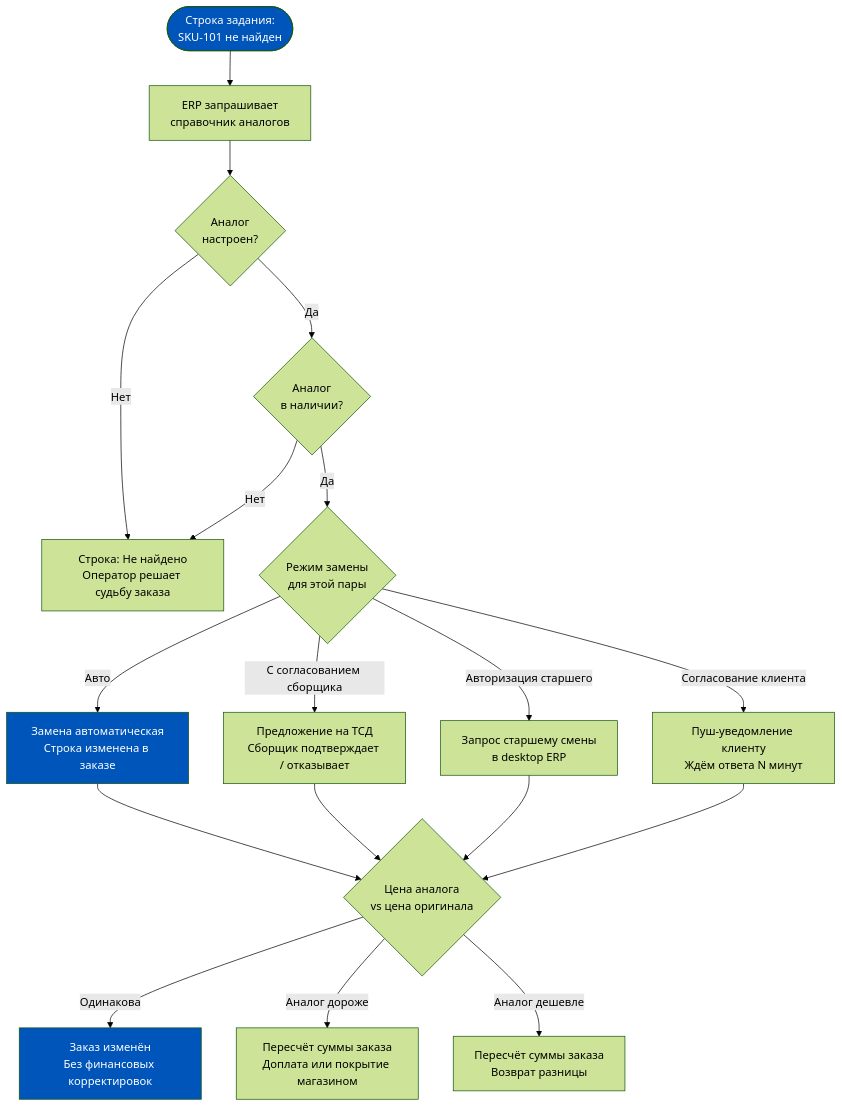
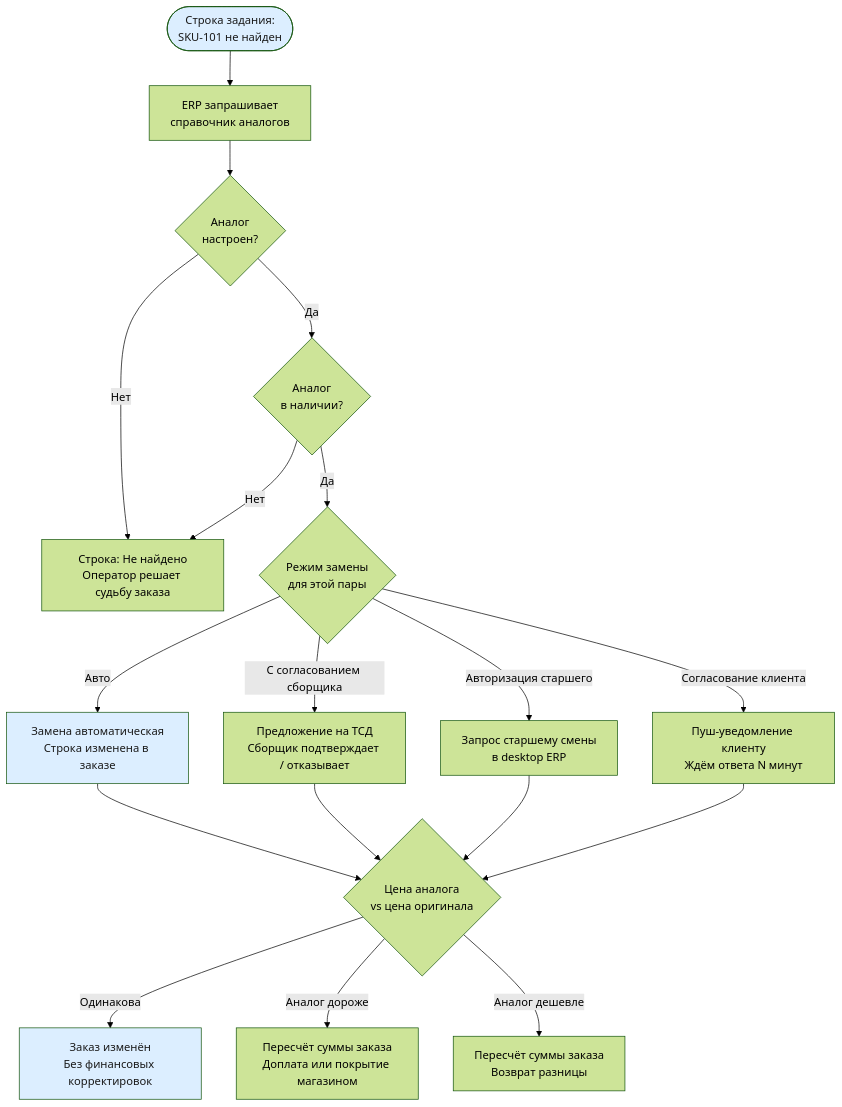
Before and after one commit to murad1986/1c-erp-quartz: the third of 6 diagrams in content/1c-erp/week_6/Неделя 6 - День 4 - Отмены и замены.md, drawn with Mermaid (forest theme). The commit also changed other lines of this file and 57 other files, not shown here.

First line of the commit message:
fix: Mermaid — пастельные цвета в источниках диаграмм (56 файлов)

````diff
--- a/content/1c-erp/week_6/Неделя 6 - День 4 - Отмены и замены.md
+++ b/content/1c-erp/week_6/Неделя 6 - День 4 - Отмены и замены.md
@@ -242,27 +242,27 @@
 ```mermaid
 flowchart TD
     A([Строка задания:<br/>SKU-101 не найден]) --> B[ERP запрашивает<br/>справочник аналогов]
     B --> C{Аналог<br/>настроен?}
     C -- Нет --> D[Строка: Не найдено<br/>Оператор решает судьбу заказа]
     C -- Да --> E{Аналог<br/>в наличии?}
     E -- Нет --> D
     E -- Да --> F{Режим замены<br/>для этой пары}
 
     F -- Авто --> G[Замена автоматическая<br/>Строка изменена в заказе]
     F -- "С согласованием сборщика" --> H[Предложение на ТСД<br/>Сборщик подтверждает / отказывает]
     F -- "Авторизация старшего" --> I[Запрос старшему смены<br/>в desktop ERP]
     F -- "Согласование клиента" --> J[Пуш-уведомление клиенту<br/>Ждём ответа N минут]
 
     G --> K{Цена аналога<br/>vs цена оригинала}
     H --> K
     I --> K
     J --> K
 
     K -- Одинакова --> L[Заказ изменён<br/>Без финансовых корректировок]
     K -- Аналог дороже --> M[Пересчёт суммы заказа<br/>Доплата или покрытие магазином]
     K -- Аналог дешевле --> N[Пересчёт суммы заказа<br/>Возврат разницы]
 
-    style A fill:#0055BB,color:#fff
-    style G fill:#0055BB,color:#fff
-    style L fill:#0055BB,color:#fff
+    style A fill:#dceeff,color:#1a1a1a
+    style G fill:#dceeff,color:#1a1a1a
+    style L fill:#dceeff,color:#1a1a1a
 ```
````
